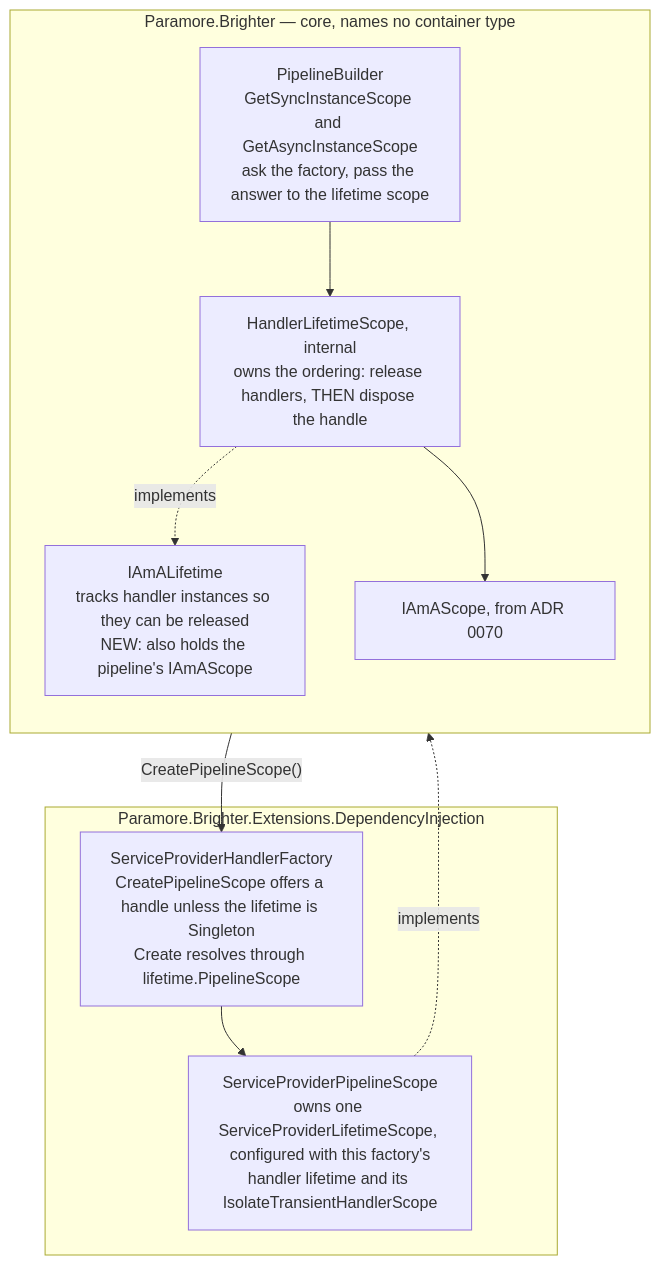
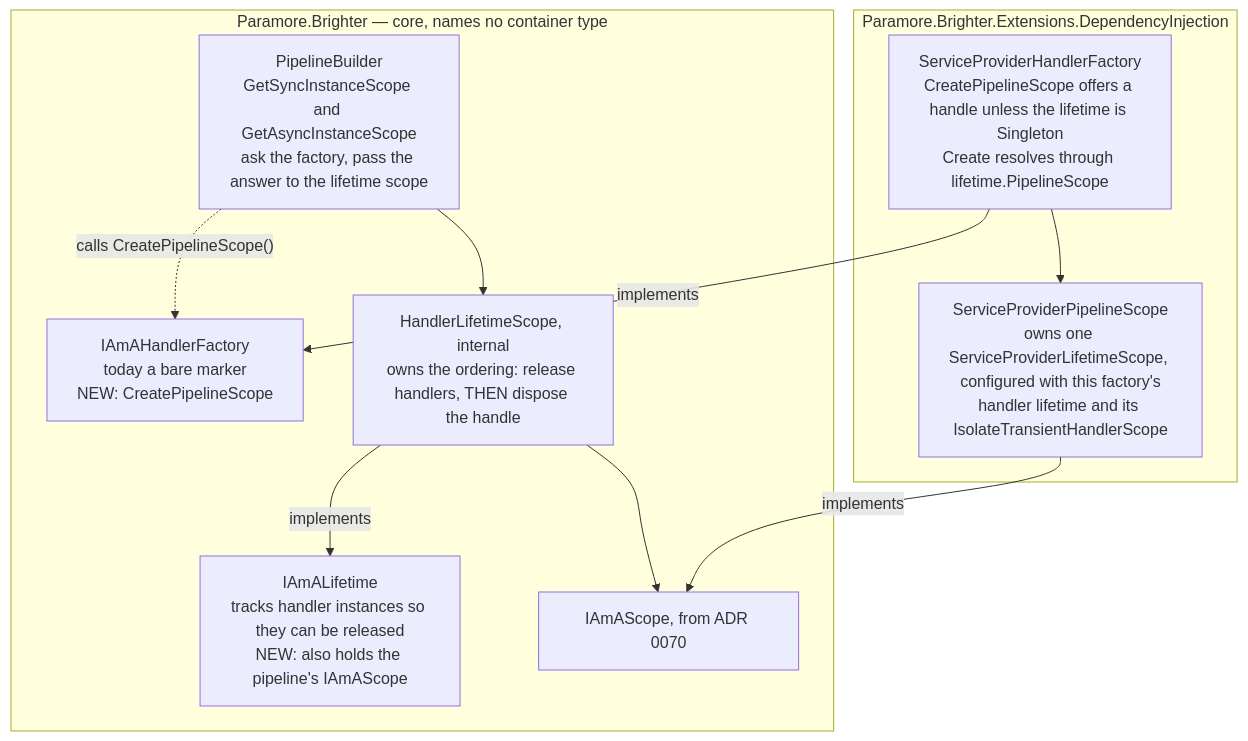
Before and after one commit to BrighterCommand/Brighter: the third of 3 diagrams in docs/adr/0071-pipeline-scope-handle-for-handler-pipelines.md, drawn with Mermaid. The commit also changed other lines of this file and 5 other files, not shown here.

````diff
--- a/docs/adr/0071-pipeline-scope-handle-for-handler-pipelines.md
+++ b/docs/adr/0071-pipeline-scope-handle-for-handler-pipelines.md
@@ -145,22 +147,23 @@
 ```mermaid
 flowchart TB
     subgraph core["Paramore.Brighter — core, names no container type"]
-        direction TB
+        factory["IAmAHandlerFactory<br/>today a bare marker<br/>NEW: CreatePipelineScope"]
         lifetime["IAmALifetime<br/>tracks handler instances so they can be released<br/>NEW: also holds the pipeline's IAmAScope"]
         builder["PipelineBuilder<br/>GetSyncInstanceScope and GetAsyncInstanceScope<br/>ask the factory, pass the answer to the lifetime scope"]
         hls["HandlerLifetimeScope, internal<br/>owns the ordering: release handlers, THEN dispose the handle"]
         handle["IAmAScope, from ADR 0070"]
         builder --> hls
-        hls -. "implements" .-> lifetime
+        builder -. "calls CreatePipelineScope()" .-> factory
+        hls -- "implements" --> lifetime
         hls --> handle
     end
 
     subgraph di["Paramore.Brighter.Extensions.DependencyInjection"]
         sphf["ServiceProviderHandlerFactory<br/>CreatePipelineScope offers a handle unless the lifetime is Singleton<br/>Create resolves through lifetime.PipelineScope"]
         scope["ServiceProviderPipelineScope<br/>owns one ServiceProviderLifetimeScope, configured with this factory's<br/>handler lifetime and its IsolateTransientHandlerScope"]
         sphf --> scope
     end
 
-    builder -- "CreatePipelineScope()" --> sphf
-    scope -. "implements" .-> handle
+    sphf -- "implements" --> factory
+    scope -- "implements" --> handle
 ```
````
